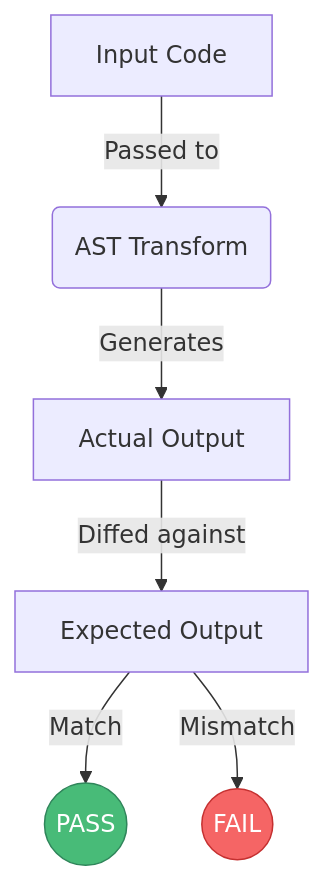
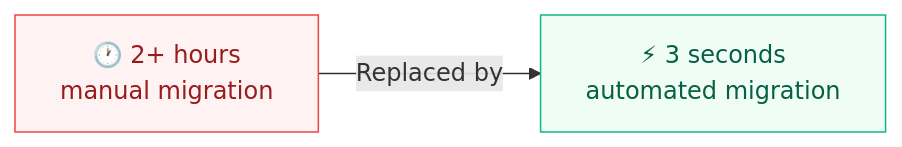
One commit to Ankit-raj-11/react-router-v6-to-v7 changed the eighth of 8 diagrams in docs/case-study.md. Above: the diagram before and after it, drawn with Mermaid. The commit also changed other lines of this file and 7 other files, not shown here.

````diff
--- a/docs/case-study.md
+++ b/docs/case-study.md
@@ -63,11 +416,7 @@
 ```mermaid
-graph TD
-    A[Input Code] -->|Passed to| B(AST Transform)
-    B -->|Generates| C[Actual Output]
-    C -->|Diffed against| D[Expected Output]
-    D -- Match --> E((PASS))
-    D -- Mismatch --> F((FAIL))
+graph LR
+    A["🕐 2+ hours<br/>manual migration"] -->|"Replaced by"| B["⚡ 3 seconds<br/>automated migration"]
     
-    style E fill:#48BB78,stroke:#2F855A,color:white
-    style F fill:#F56565,stroke:#C53030,color:white
+    style A fill:#fef2f2,stroke:#ef4444,color:#991b1b
+    style B fill:#f0fdf4,stroke:#10b981,color:#065f46
 ```
````
